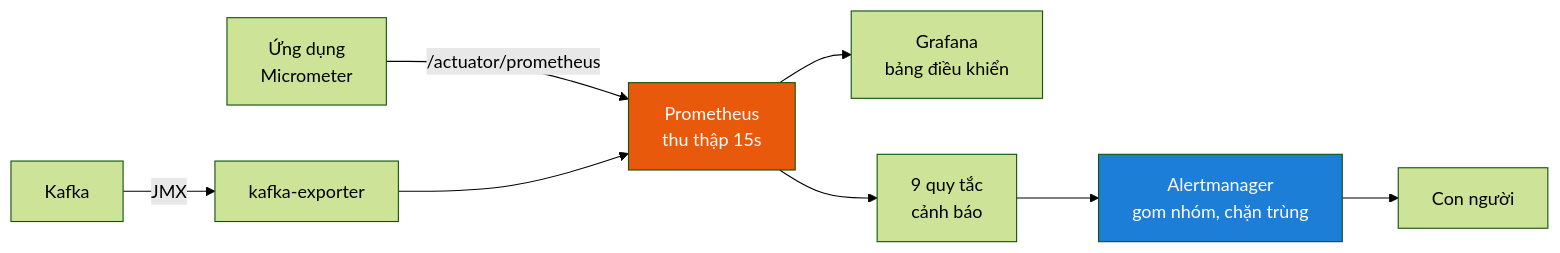
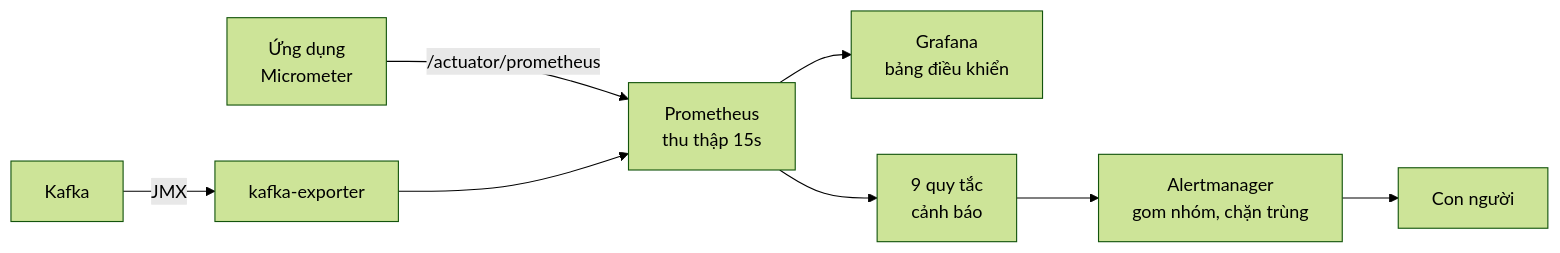
One commit to KietAnhCS/CocCoc-Plus changed the second of 2 diagrams in docs/INFRASTRUCTURE.md. Above: the diagram before and after it, drawn with Mermaid (forest theme). The commit also changed other lines of this file and 73 other files, not shown here.

First line of the commit message:
docs: fix drift and add diagrams (#22)

````diff
--- a/docs/INFRASTRUCTURE.md
+++ b/docs/INFRASTRUCTURE.md
@@ -267,12 +260,9 @@
 ```mermaid
 flowchart LR
     app["Ứng dụng<br/>Micrometer"] -->|"/actuator/prometheus"| prom["Prometheus<br/>thu thập 15s"]
     prom --> graf["Grafana<br/>bảng điều khiển"]
     prom --> rules["9 quy tắc<br/>cảnh báo"]
     rules --> am["Alertmanager<br/>gom nhóm, chặn trùng"]
     am --> nguoi["Con người"]
     kafka["Kafka"] -->|JMX| exp["kafka-exporter"] --> prom
-
-    style prom fill:#e8590c,color:#fff
-    style am fill:#1c7ed6,color:#fff
 ```
````
